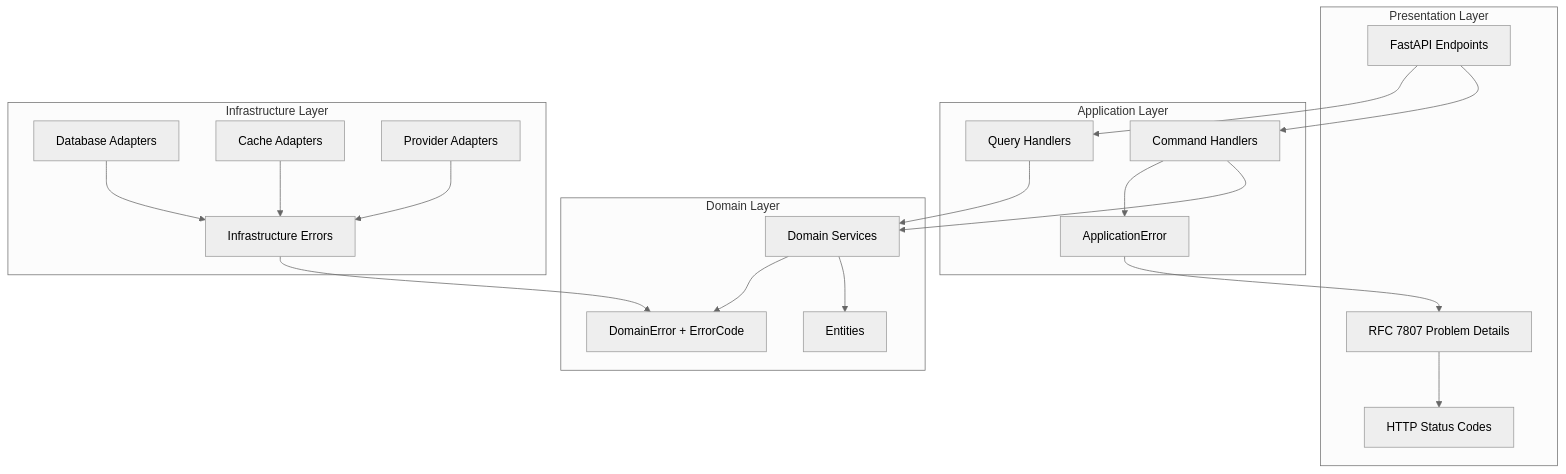
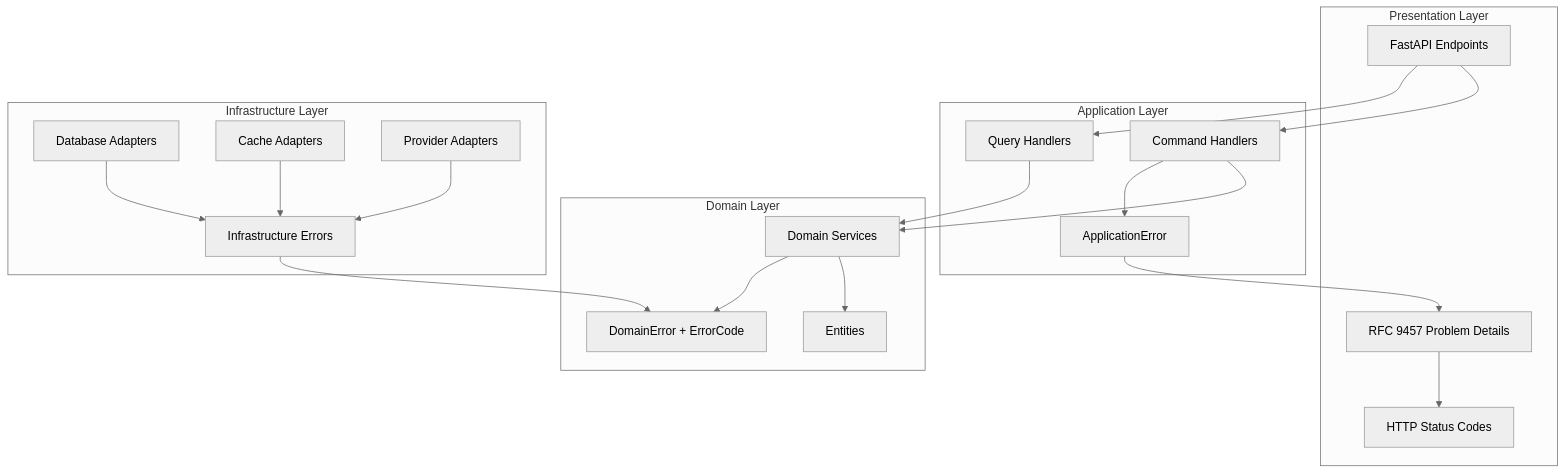
One commit to faiyaz7283/dashtam-api changed the diagram in docs/architecture/error-handling.md. Above: the diagram before and after it, drawn with Mermaid (neutral theme). The commit also changed other lines of this file and 48 other files, not shown here.

````diff
--- a/docs/architecture/error-handling.md
+++ b/docs/architecture/error-handling.md
@@ -313,41 +313,41 @@
 ```mermaid
 graph TB
     subgraph "Presentation Layer"
         API[FastAPI Endpoints]
-        RFC[RFC 7807 Problem Details]
+        RFC[RFC 9457 Problem Details]
         HTTP[HTTP Status Codes]
     end
     
     subgraph "Application Layer"
         CMD[Command Handlers]
         QRY[Query Handlers]
         APPERR[ApplicationError]
     end
     
     subgraph "Domain Layer"
         SVC[Domain Services]
         ENT[Entities]
         DOMERR[DomainError + ErrorCode]
     end
     
     subgraph "Infrastructure Layer"
         DB[Database Adapters]
         CACHE[Cache Adapters]
         PROV[Provider Adapters]
         INFRAERR[Infrastructure Errors]
     end
     
     API --> CMD
     API --> QRY
     CMD --> SVC
     QRY --> SVC
     SVC --> ENT
     CMD --> APPERR
     SVC --> DOMERR
     DB --> INFRAERR
     CACHE --> INFRAERR
     PROV --> INFRAERR
     INFRAERR --> DOMERR
     APPERR --> RFC
     RFC --> HTTP
 ```
````
